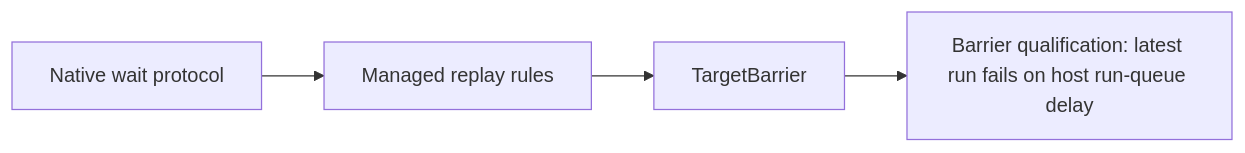
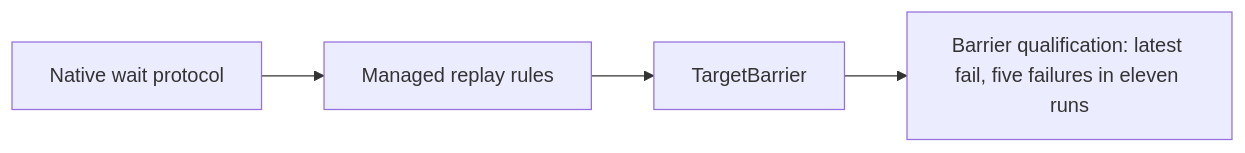
The diagram in lode/plans/target-local-status.md (TheAngryByrd/CozNet), drawn with Mermaid before and after one commit. The commit also changed other lines of this file and 23 other files, not shown here.

````diff
--- a/lode/plans/target-local-status.md
+++ b/lode/plans/target-local-status.md
@@ -29,6 +29,6 @@
 ```mermaid
 flowchart LR
     Ledger[Native wait protocol] --> Replay[Managed replay rules]
     Replay --> Barrier[TargetBarrier]
-    Barrier --> Qualification[Barrier qualification: latest run fails on host run-queue delay]
+    Barrier --> Qualification[Barrier qualification: latest fail, five failures in eleven runs]
 ```
````
